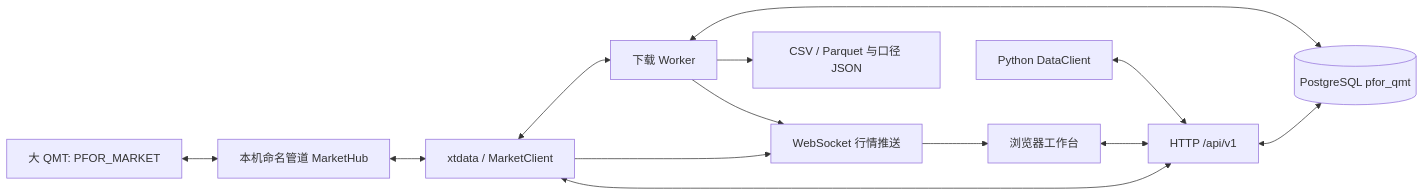
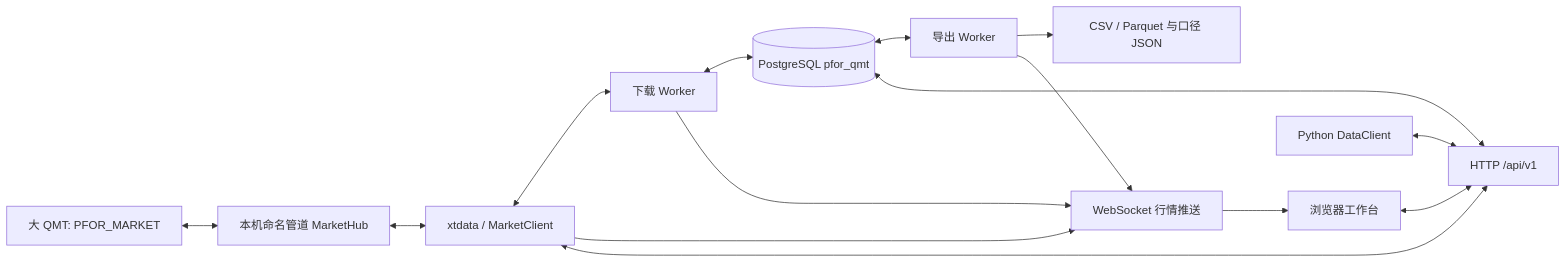
Before and after one commit to pbeenigg/pfor-qmt: the diagram in docs/ARCHITECTURE.md, drawn with Mermaid. The commit also changed other lines of this file and 6 other files, not shown here.

````diff
--- a/docs/ARCHITECTURE.md
+++ b/docs/ARCHITECTURE.md
@@ -3,15 +3,17 @@
 ```mermaid
 flowchart LR
   Q[大 QMT: PFOR_MARKET] <--> H[本机命名管道 MarketHub]
   H <--> X[xtdata / MarketClient]
   X <--> W[下载 Worker]
   W <--> P[(PostgreSQL pfor_qmt)]
   B[浏览器工作台] <--> A[HTTP /api/v1]
   D[Python DataClient] <--> A
   A <--> P
   A <--> X
-  W --> E[CSV / Parquet 与口径 JSON]
+  P <--> EW[导出 Worker]
+  EW --> E[CSV / Parquet 与口径 JSON]
   X --> S[WebSocket 行情推送]
   W --> S
+  EW --> S
   S --> B
 ```
````
